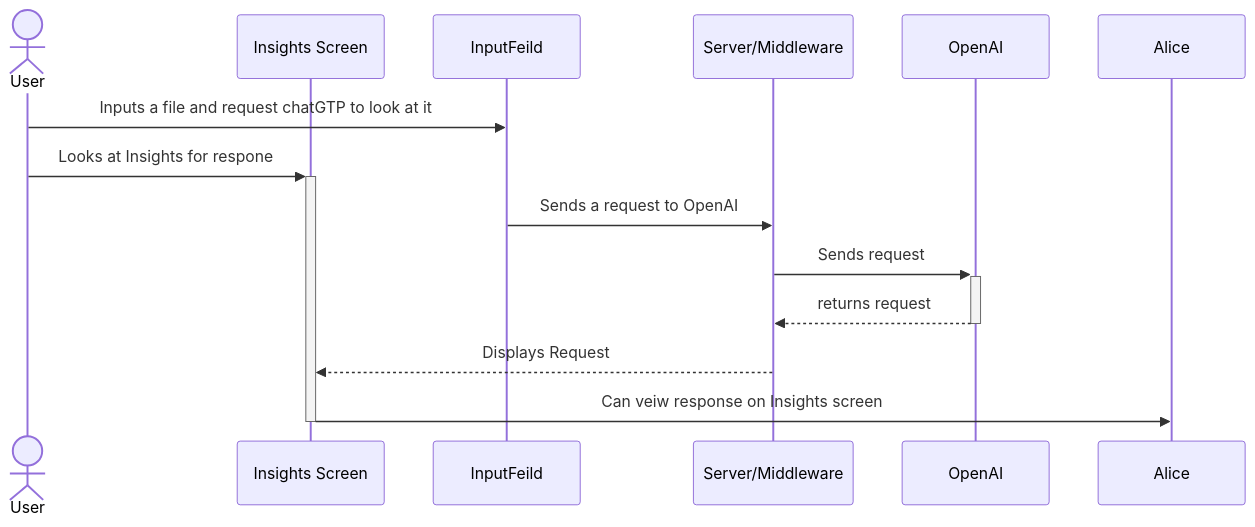
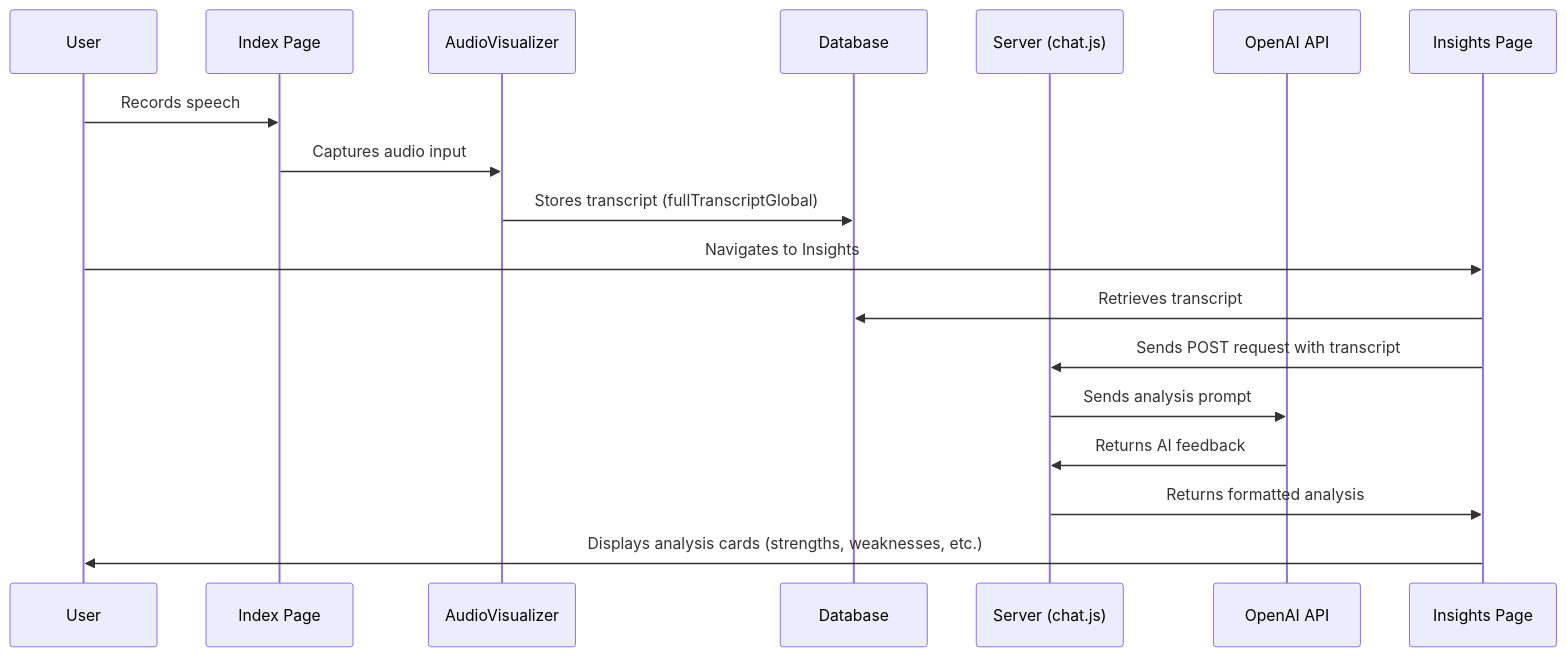
One commit to cis3296f24/cis3296f24-classroom-applebaum-final-projects-tu-cis-4398-docs-template changed the third of 4 diagrams in README.md. Above: the diagram before and after it, drawn with Mermaid. The commit also changed other lines of this file, not shown here.

`````diff
--- a/README.md
+++ b/README.md
@@ -189,18 +189,21 @@
 ```mermaid
 sequenceDiagram
+    participant U as User
+    participant I as Index Page
+    participant A as AudioVisualizer
+    participant DB as Database
+    participant S as Server (chat.js)
+    participant O as OpenAI API
+    participant IN as Insights Page
 
-    actor User
-    participant D as Insights Screen
-    participant I as InputFeild
-    participant S as Server/Middleware
-    participant O as OpenAI
-    
-    User ->> I: Inputs a file and request chatGTP to look at it
-    User ->>+ D: Looks at Insights for respone
-    I ->> S: Sends a request to OpenAI
-    S ->>+ O: Sends request
-    O -->>- S: returns request
-    S -->> D: Displays Request
-    D ->>- Alice: Can veiw response on Insights screen
- 
-````
+    U->>I: Records speech
+    I->>A: Captures audio input
+    A->>DB: Stores transcript (fullTranscriptGlobal)
+    U->>IN: Navigates to Insights
+    IN->>DB: Retrieves transcript
+    IN->>S: Sends POST request with transcript
+    S->>O: Sends analysis prompt
+    O->>S: Returns AI feedback
+    S->>IN: Returns formatted analysis
+    IN->>U: Displays analysis cards (strengths, weaknesses, etc.)
+```
`````
